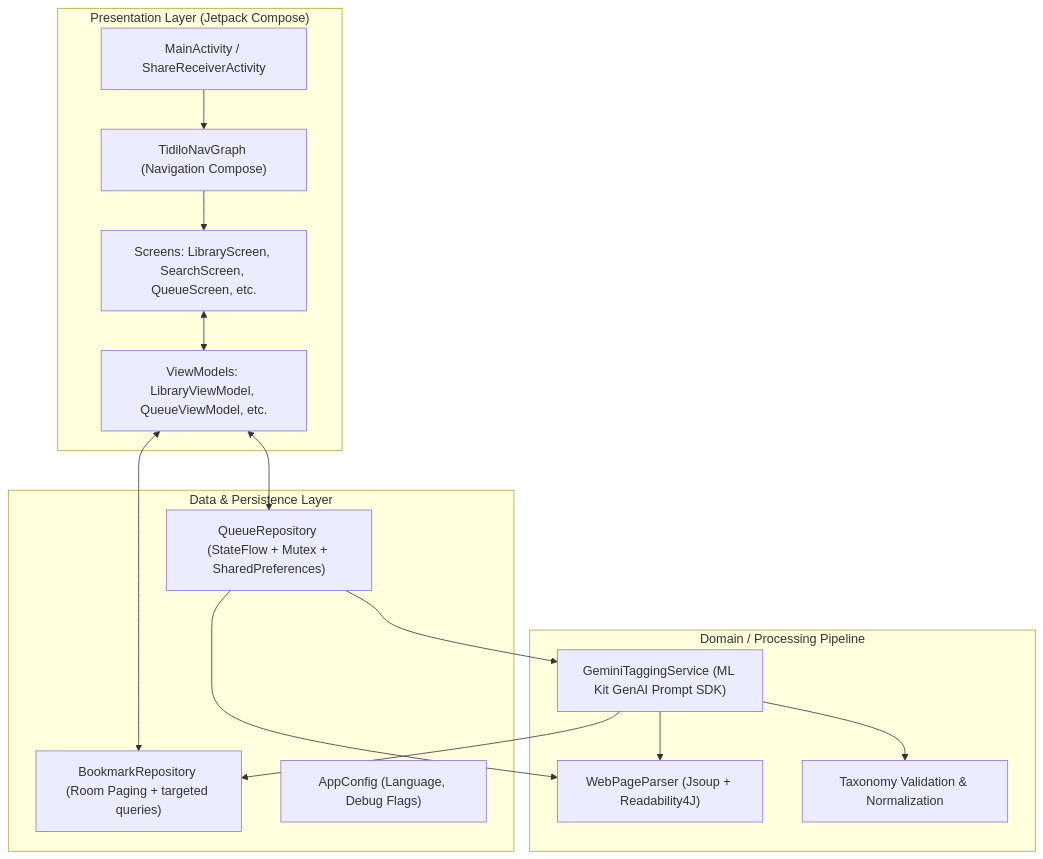
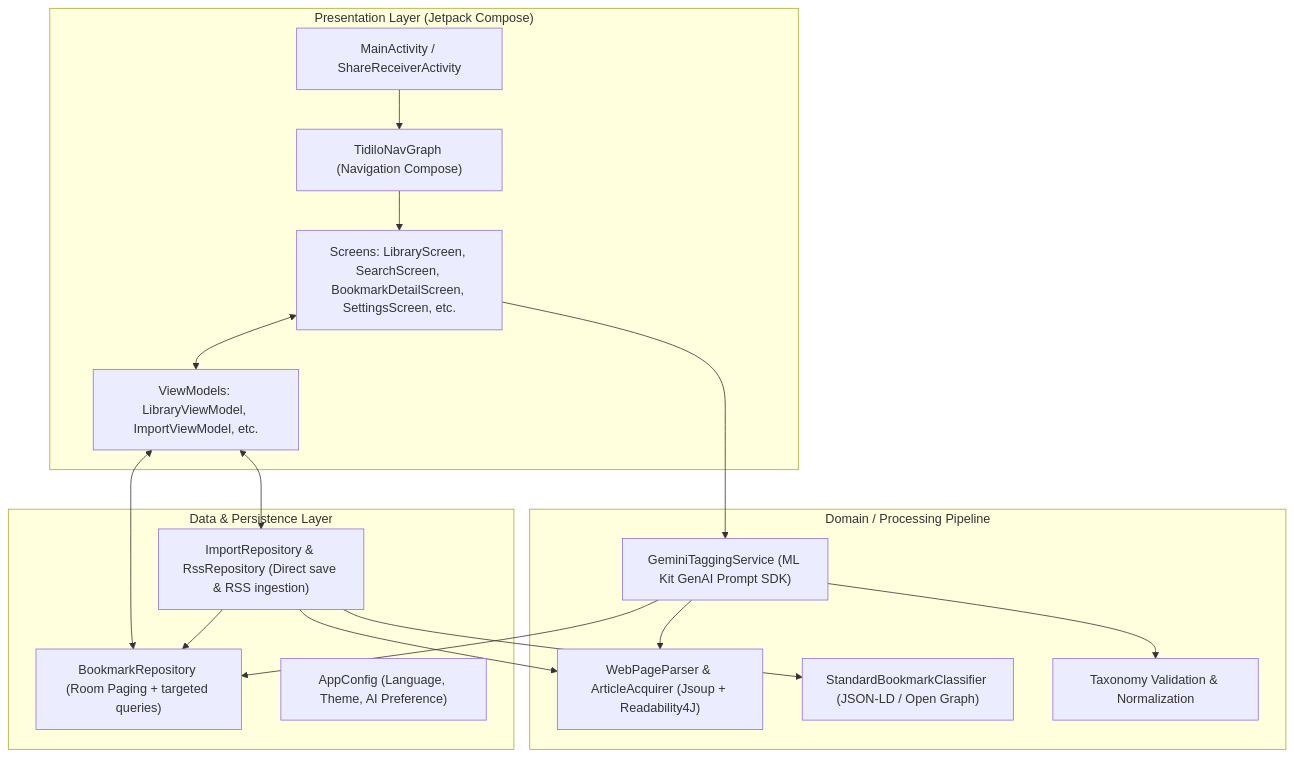
The diagram in docs/overview.md (bubblespark/Tidilo), drawn with Mermaid before and after one commit. The commit also changed other lines of this file and 4 other files, not shown here.

````diff
--- a/docs/overview.md
+++ b/docs/overview.md
@@ -23,32 +23,35 @@
 ```mermaid
 flowchart TD
     subgraph UI_Layer ["Presentation Layer (Jetpack Compose)"]
         Activity["MainActivity / ShareReceiverActivity"]
         NavGraph["TidiloNavGraph (Navigation Compose)"]
-        Screens["Screens: LibraryScreen, SearchScreen, QueueScreen, etc."]
-        ViewModels["ViewModels: LibraryViewModel, QueueViewModel, etc."]
+        Screens["Screens: LibraryScreen, SearchScreen, BookmarkDetailScreen, SettingsScreen, etc."]
+        ViewModels["ViewModels: LibraryViewModel, ImportViewModel, etc."]
     end
 
     subgraph Service_Layer ["Domain / Processing Pipeline"]
-        Scraper["WebPageParser (Jsoup + Readability4J)"]
+        Scraper["WebPageParser & ArticleAcquirer (Jsoup + Readability4J)"]
+        Classifier["StandardBookmarkClassifier (JSON-LD / Open Graph)"]
         AICoreService["GeminiTaggingService (ML Kit GenAI Prompt SDK)"]
         TaxonomyEngine["Taxonomy Validation & Normalization"]
     end
 
     subgraph Data_Layer ["Data & Persistence Layer"]
         BRepo["BookmarkRepository (Room Paging + targeted queries)"]
-        QRepo["QueueRepository (StateFlow + Mutex + SharedPreferences)"]
-        Config["AppConfig (Language, Debug Flags)"]
+        IRepo["ImportRepository & RssRepository (Direct save & RSS ingestion)"]
+        Config["AppConfig (Language, Theme, AI Preference)"]
     end
 
     Activity --> NavGraph
     NavGraph --> Screens
     Screens <--> ViewModels
     ViewModels <--> BRepo
-    ViewModels <--> QRepo
-    QRepo --> Scraper
-    QRepo --> AICoreService
+    ViewModels <--> IRepo
+    IRepo --> Scraper
+    IRepo --> Classifier
+    IRepo --> BRepo
+    Screens --> AICoreService
     AICoreService --> Scraper
     AICoreService --> TaxonomyEngine
     AICoreService --> BRepo
 ```
````
